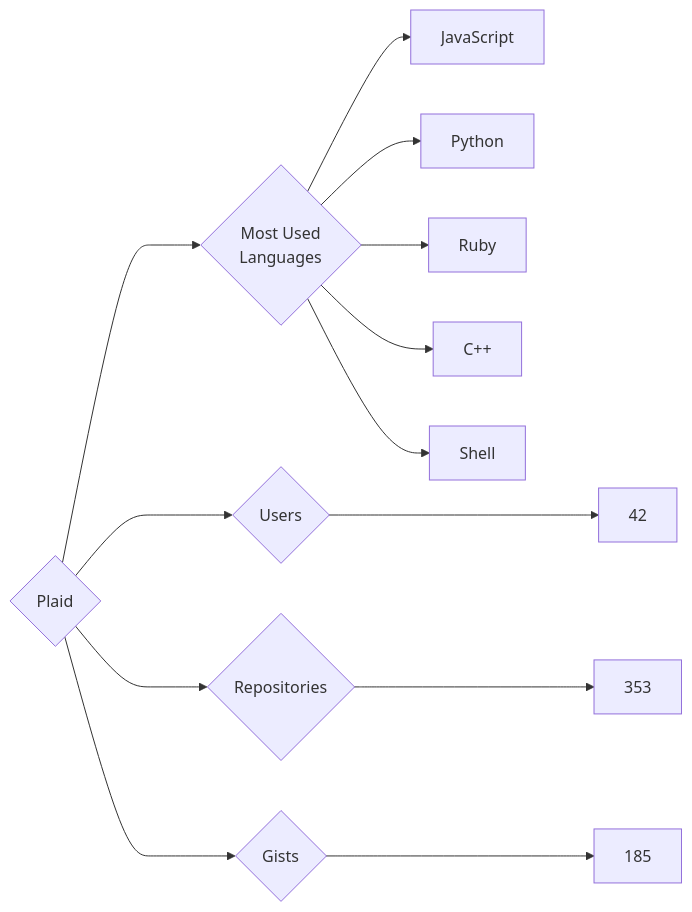
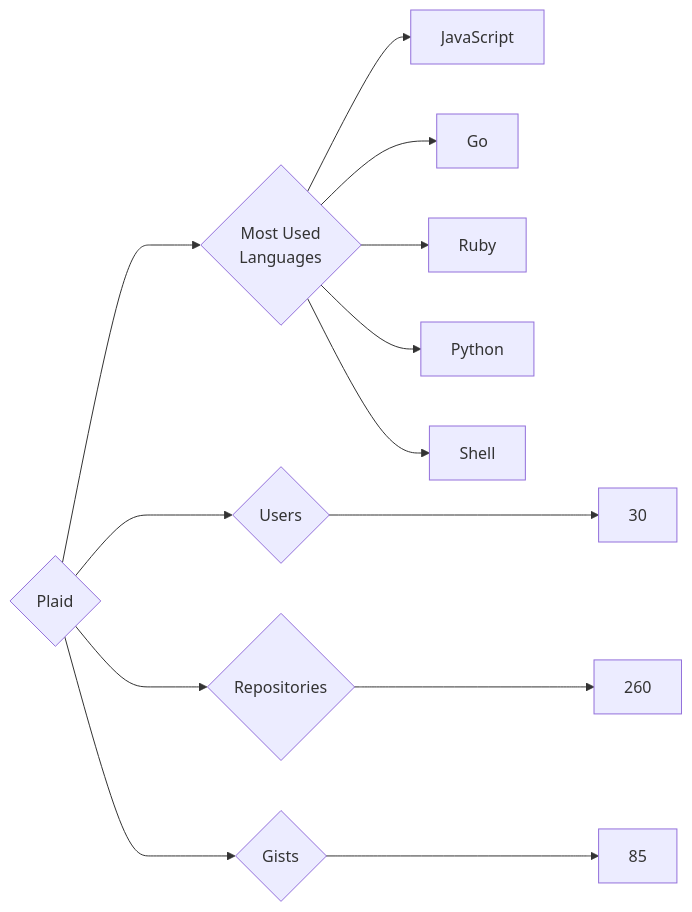
Before and after one commit to trickest/insiders: the diagram in targets/Plaid/README.md, drawn with Mermaid. The commit also changed 871 other files, not shown here.

````diff
--- a/targets/Plaid/README.md
+++ b/targets/Plaid/README.md
@@ -3,13 +3,13 @@
 ```mermaid
 graph LR
 COMPANY_NAME{Plaid}
-COMPANY_NAME ---> U{Users} ---> UN[42]
-COMPANY_NAME ---> R{Repositories} ---> RN[353]
-COMPANY_NAME ---> G{Gists} ---> GN[185]
+COMPANY_NAME ---> U{Users} ---> UN[30]
+COMPANY_NAME ---> R{Repositories} ---> RN[260]
+COMPANY_NAME ---> G{Gists} ---> GN[85]
 COMPANY_NAME ---> ML{Most Used<br>Languages}
 ML --> JavaScript[JavaScript]
+ML --> Go[Go]
+ML --> Ruby[Ruby]
 ML --> Python[Python]
-ML --> Ruby[Ruby]
-ML --> C++[C++]
 ML --> Shell[Shell]
 ```
````
